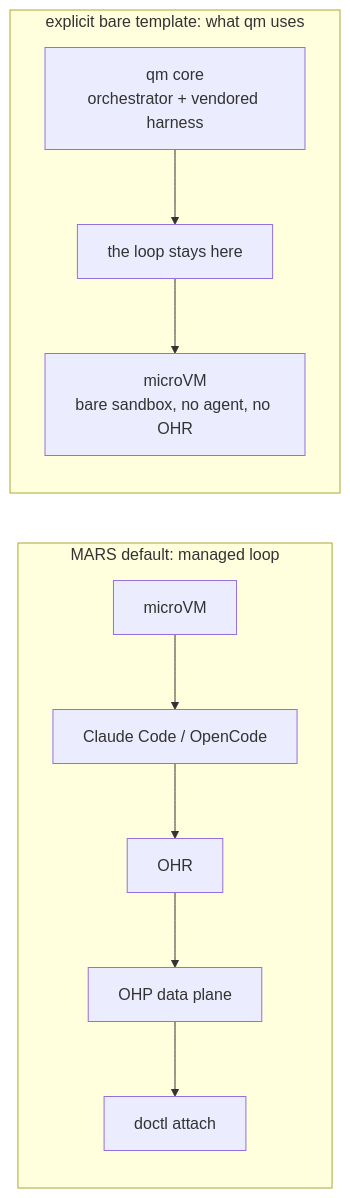
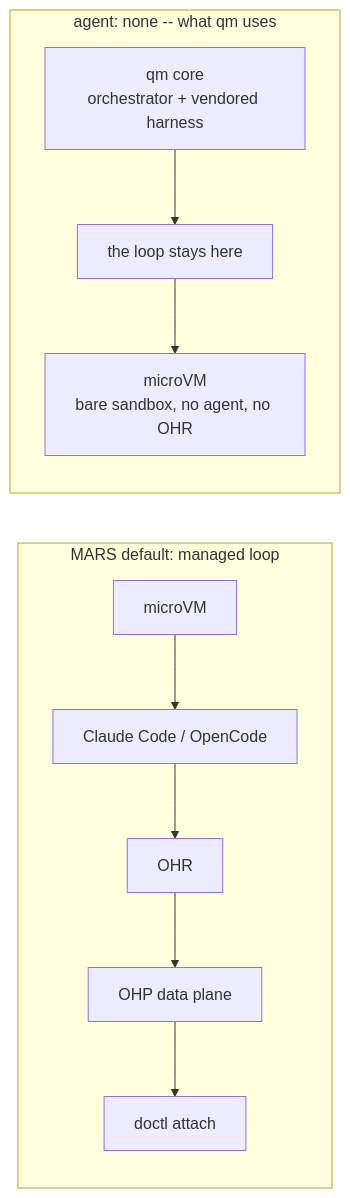
One commit to nkurraDO/qm changed the first of 2 diagrams in adrs/mars-sandbox-backend.md. Above: the diagram before and after it, drawn with Mermaid. The commit also changed other lines of this file and 5 other files, not shown here.

First line of the commit message:
Ask MARS for a bare sandbox with agent: none

````diff
--- a/adrs/mars-sandbox-backend.md
+++ b/adrs/mars-sandbox-backend.md
@@ -7,11 +7,11 @@
 ```mermaid
 flowchart LR
   subgraph MANAGED["MARS default: managed loop"]
     M1["microVM"] --> M2["Claude Code / OpenCode"] --> M3["OHR"] --> M4["OHP data plane"] --> M5["doctl attach"]
   end
 
-  subgraph INVERTED["explicit bare template: what qm uses"]
+  subgraph INVERTED["agent: none -- what qm uses"]
     Q1["qm core<br/>orchestrator + vendored harness"] --> Q2["the loop stays here"]
     Q2 --> Q3["microVM<br/>bare sandbox, no agent, no OHR"]
   end
 ```
````
